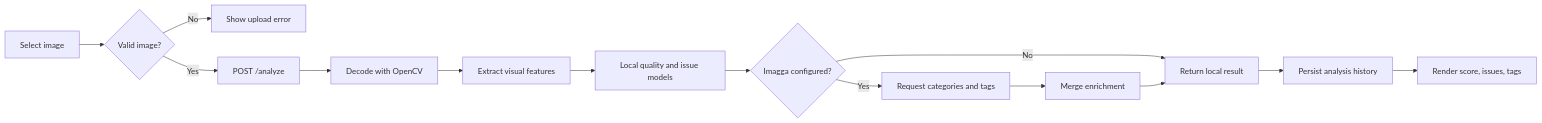
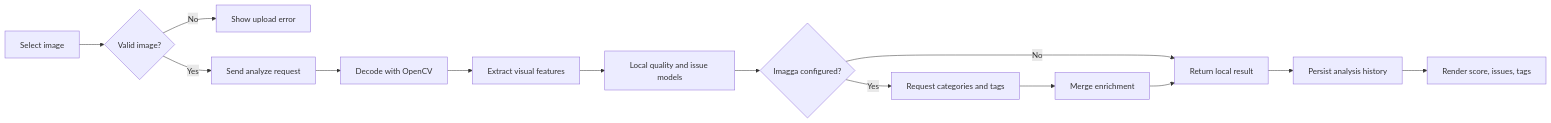
Before and after one commit to debayanCODES-1/Image-Quality-and-Defect-Detection: the first of 4 diagrams in README.md, drawn with Mermaid. The commit also changed other lines of this file, not shown here.

Commit message:
Fix Mermaid flowchart compatibility

````diff
--- a/README.md
+++ b/README.md
@@ -33,16 +33,16 @@
 ```mermaid
 flowchart LR
     A[Select image] --> B{Valid image?}
     B -- No --> C[Show upload error]
-    B -- Yes --> D[POST /analyze]
+    B -- Yes --> D[Send analyze request]
     D --> E[Decode with OpenCV]
     E --> F[Extract visual features]
     F --> G[Local quality and issue models]
     G --> H{Imagga configured?}
     H -- No --> I[Return local result]
     H -- Yes --> J[Request categories and tags]
     J --> K[Merge enrichment]
     K --> I
     I --> L[Persist analysis history]
     L --> M[Render score, issues, tags]
 ```
````
